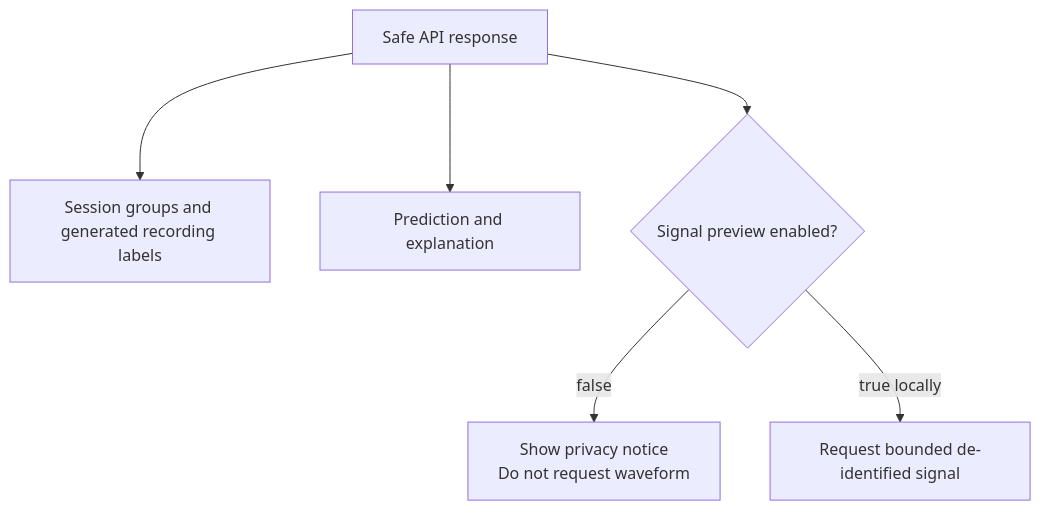
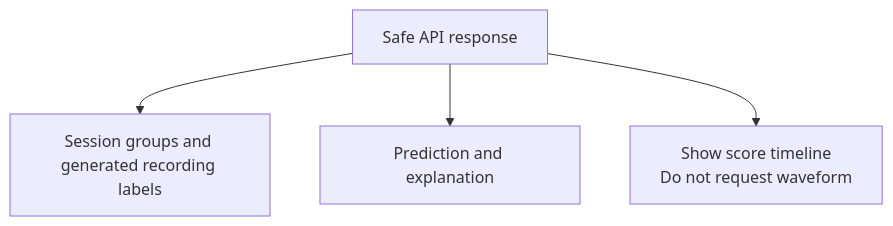
One commit to 4ffaad/FYP-MDS01 changed the fourth of 4 diagrams in docs/frontend.md. Above: the diagram before and after it, drawn with Mermaid. The commit also changed other lines of this file and 37 other files, not shown here.

````diff
--- a/docs/frontend.md
+++ b/docs/frontend.md
@@ -84,8 +84,6 @@
 ```mermaid
 flowchart TD
     APIResponse[Safe API response] --> SessionView[Session groups and generated recording labels]
     APIResponse --> ResultView[Prediction and explanation]
-    APIResponse --> SignalGate{Signal preview enabled?}
-    SignalGate -->|false| Notice[Show privacy notice\nDo not request waveform]
-    SignalGate -->|true locally| Chart[Request bounded de-identified signal]
+    APIResponse --> Timeline[Show score timeline\nDo not request waveform]
 ```
````
